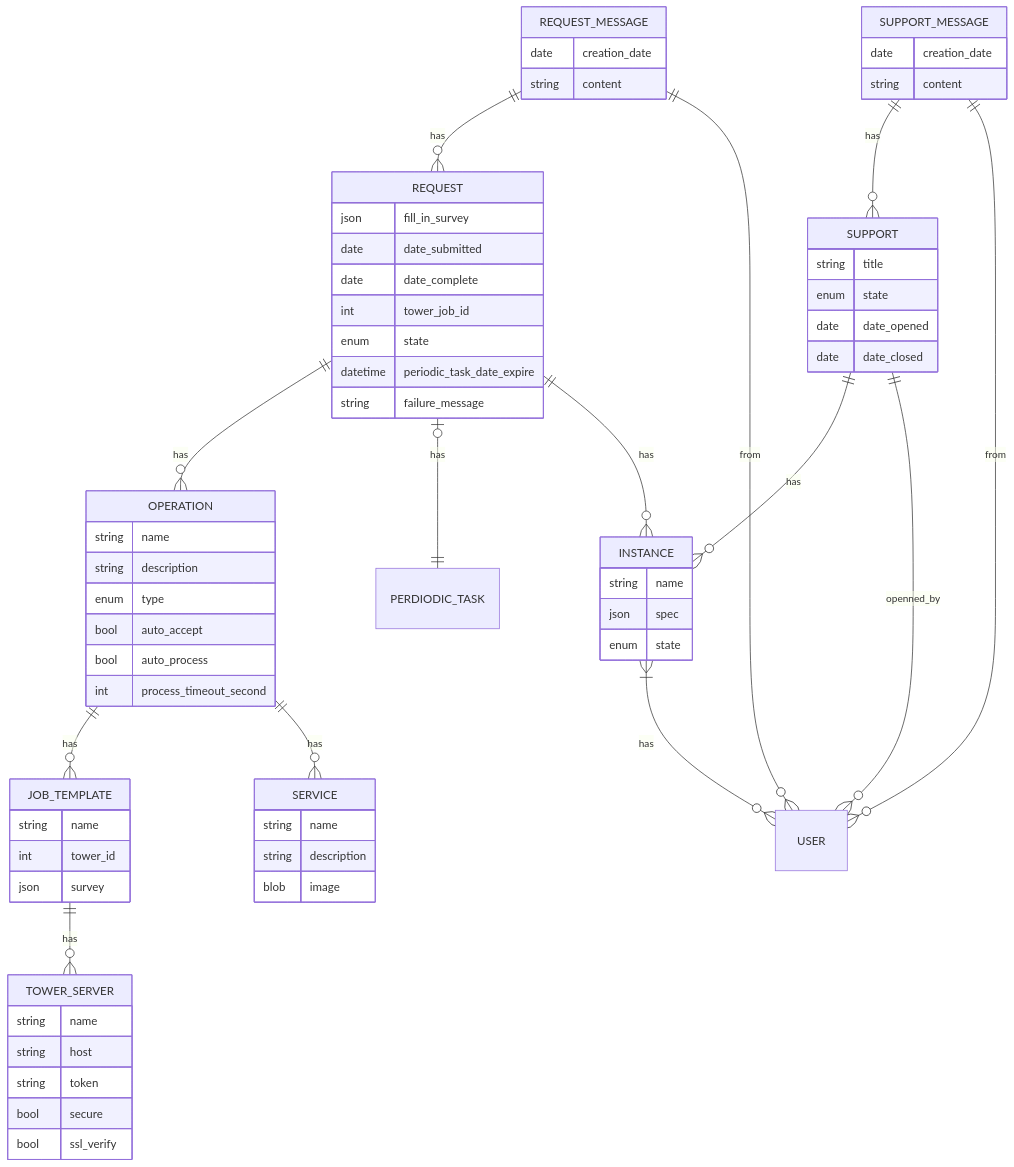
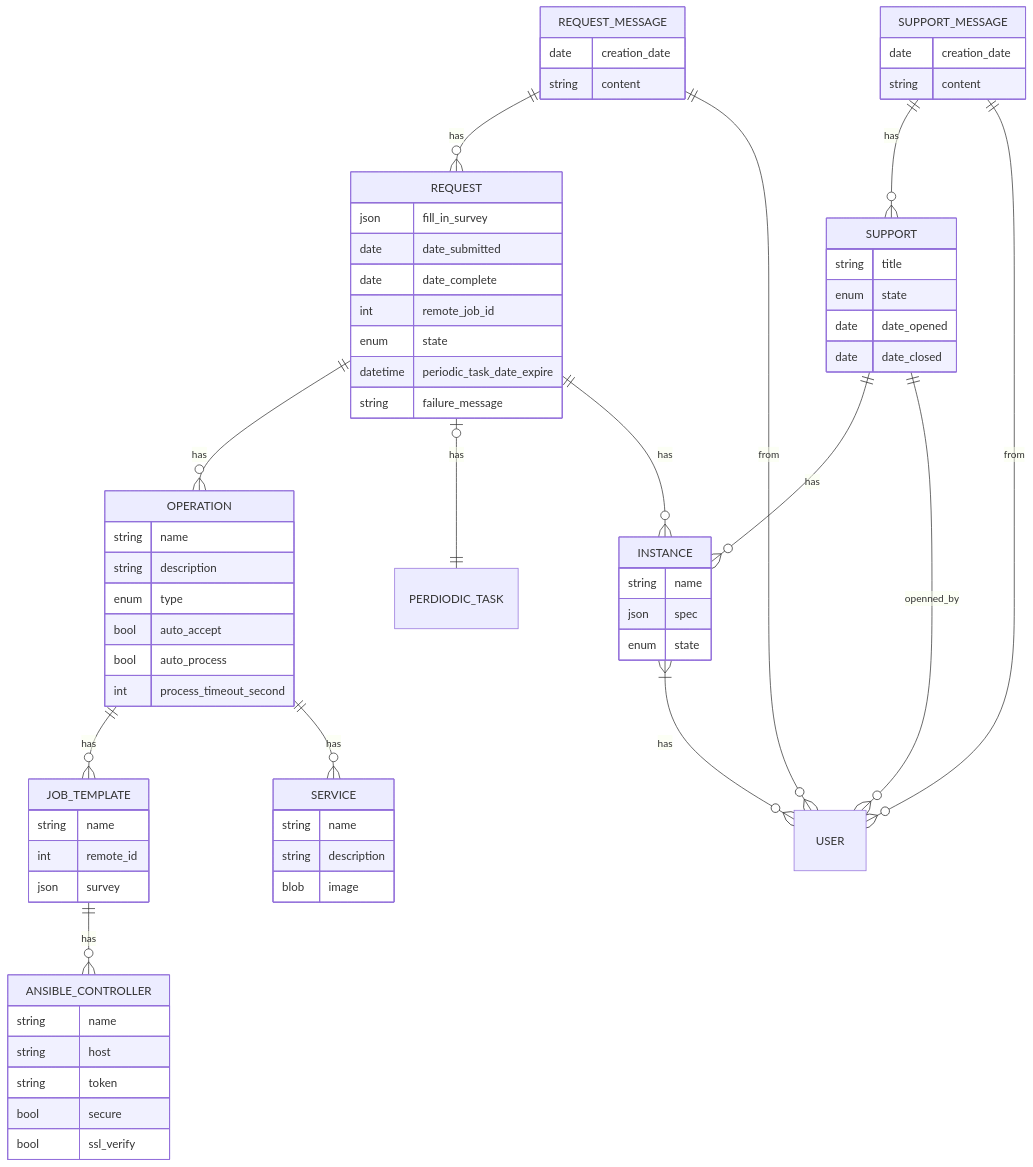
The diagram in docs/dev/db-erd.md (HewlettPackard/squest), drawn with Mermaid before and after one commit. The commit also changed 122 other files, not shown here.

Commit message:
Rename Tower to AnsibleController

````diff
--- a/docs/dev/db-erd.md
+++ b/docs/dev/db-erd.md
@@ -3,78 +3,78 @@
 ```mermaid
 erDiagram
-    TOWER_SERVER {
+    ANSIBLE_CONTROLLER {
         string name
         string host
         string token
         bool secure
         bool ssl_verify
     }
     
     JOB_TEMPLATE {
         string name
-        int tower_id
+        int remote_id
         json survey
     }
     
     OPERATION {
         string name
         string description
         enum type
         bool auto_accept
         bool auto_process
         int process_timeout_second
     }
     
     SERVICE {
         string name
         string description
         blob image
     }
     
     REQUEST {
         json fill_in_survey
         date date_submitted
         date date_complete
-        int tower_job_id
+        int remote_job_id
         enum state
         datetime periodic_task_date_expire
         string failure_message
     }
     
     INSTANCE {
         string name
         json spec
         enum state
     }
     
     SUPPORT {
         string title
         enum state
         date date_opened
         date date_closed
     }
     
     REQUEST_MESSAGE {
         date creation_date
         string content
     }
     
     SUPPORT_MESSAGE {
         date creation_date
         string content
     }
     
-    JOB_TEMPLATE ||--o{ TOWER_SERVER: has
+    JOB_TEMPLATE ||--o{ ANSIBLE_CONTROLLER: has
     OPERATION ||--o{ JOB_TEMPLATE: has
     OPERATION ||--o{ SERVICE: has
     REQUEST ||--o{ OPERATION: has
     REQUEST |o--|| PERDIODIC_TASK: has
     REQUEST ||--o{ INSTANCE: has
     INSTANCE }|--o{ USER: has
     SUPPORT ||--o{ INSTANCE: has
     SUPPORT ||--o{ USER: openned_by
     REQUEST_MESSAGE ||--o{ REQUEST: has
     REQUEST_MESSAGE ||--o{ USER: from
     SUPPORT_MESSAGE ||--o{ SUPPORT: has
     SUPPORT_MESSAGE ||--o{ USER: from
 ```
````
